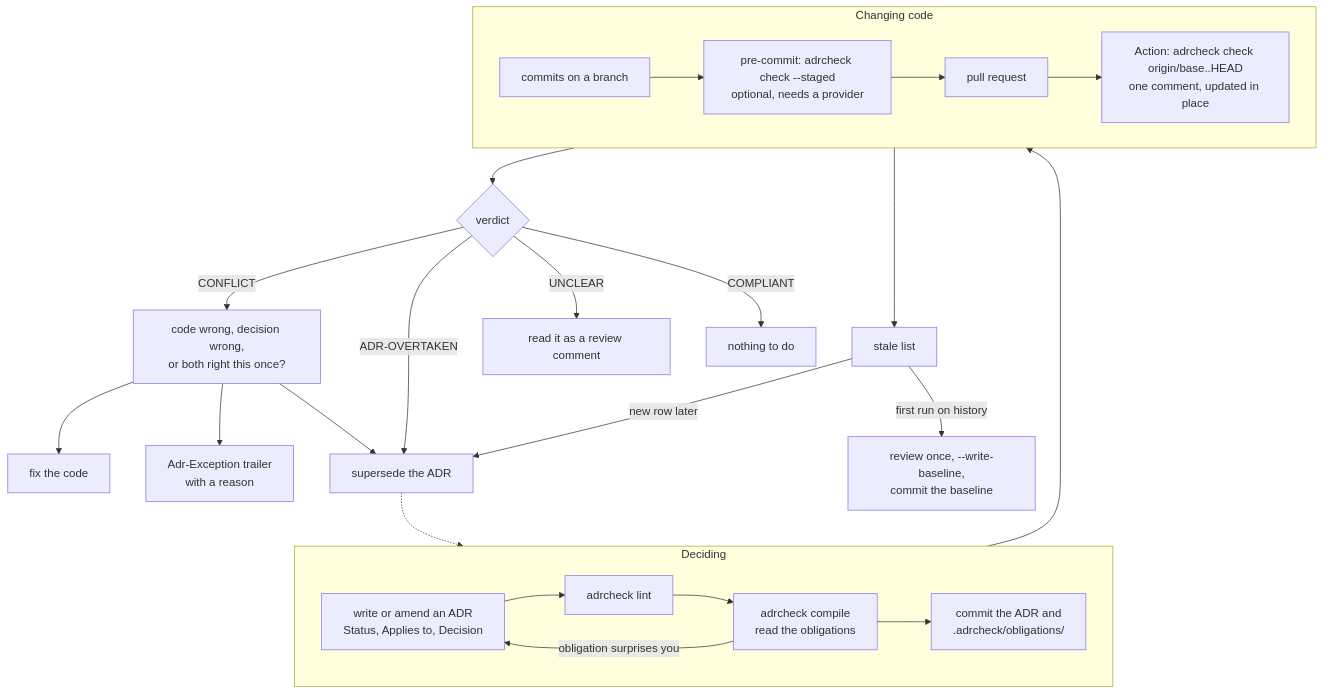
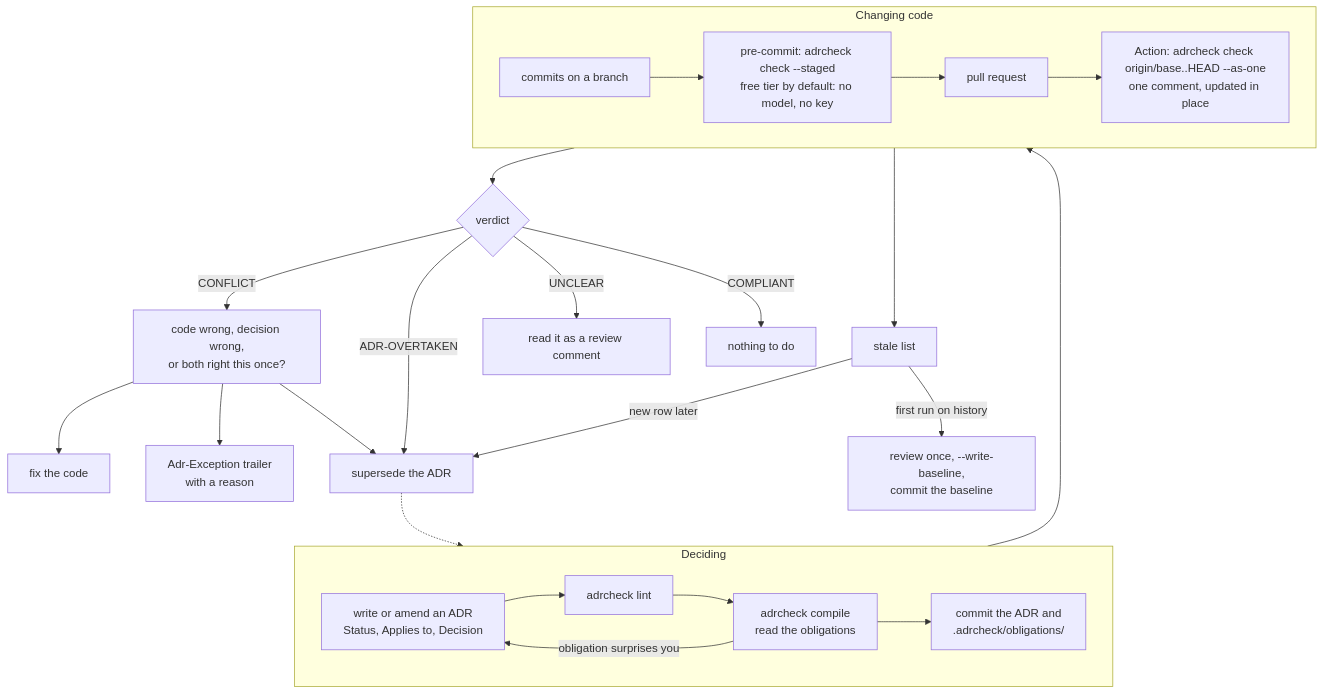
One commit to kevin-burns/adrcheck changed the second of 2 diagrams in docs/workflow.md. Above: the diagram before and after it, drawn with Mermaid. The commit also changed other lines of this file and 26 other files, not shown here.

````diff
--- a/docs/workflow.md
+++ b/docs/workflow.md
@@ -48,29 +49,29 @@
 ```mermaid
 flowchart TD
     subgraph write [Deciding]
         direction LR
         D[write or amend an ADR<br/>Status, Applies to, Decision] --> LN[adrcheck lint]
         LN --> CP[adrcheck compile<br/>read the obligations]
         CP -- obligation surprises you --> D
         CP --> CM[commit the ADR and<br/>.adrcheck/obligations/]
     end
     subgraph change [Changing code]
         direction LR
-        CO[commits on a branch] --> PC["pre-commit: adrcheck check --staged<br/>optional, needs a provider"]
+        CO[commits on a branch] --> PC["pre-commit: adrcheck check --staged<br/>free tier by default: no model, no key"]
         PC --> PR[pull request]
-        PR --> GA["Action: adrcheck check origin/base..HEAD<br/>one comment, updated in place"]
+        PR --> GA["Action: adrcheck check origin/base..HEAD --as-one<br/>one comment, updated in place"]
     end
     write --> change
     GA --> V{verdict}
     GA --> ST[stale list]
     V -- CONFLICT --> Q[code wrong, decision wrong,<br/>or both right this once?]
     Q --> F1[fix the code]
     Q --> F2[Adr-Exception trailer<br/>with a reason]
     Q --> F3[supersede the ADR]
     V -- ADR-OVERTAKEN --> F3
     V -- UNCLEAR --> F4[read it as a review comment]
     V -- COMPLIANT --> F5[nothing to do]
     ST -- first run on history --> BL["review once, --write-baseline,<br/>commit the baseline"]
     ST -- new row later --> F3
     F3 -.-> D
 ```
````
